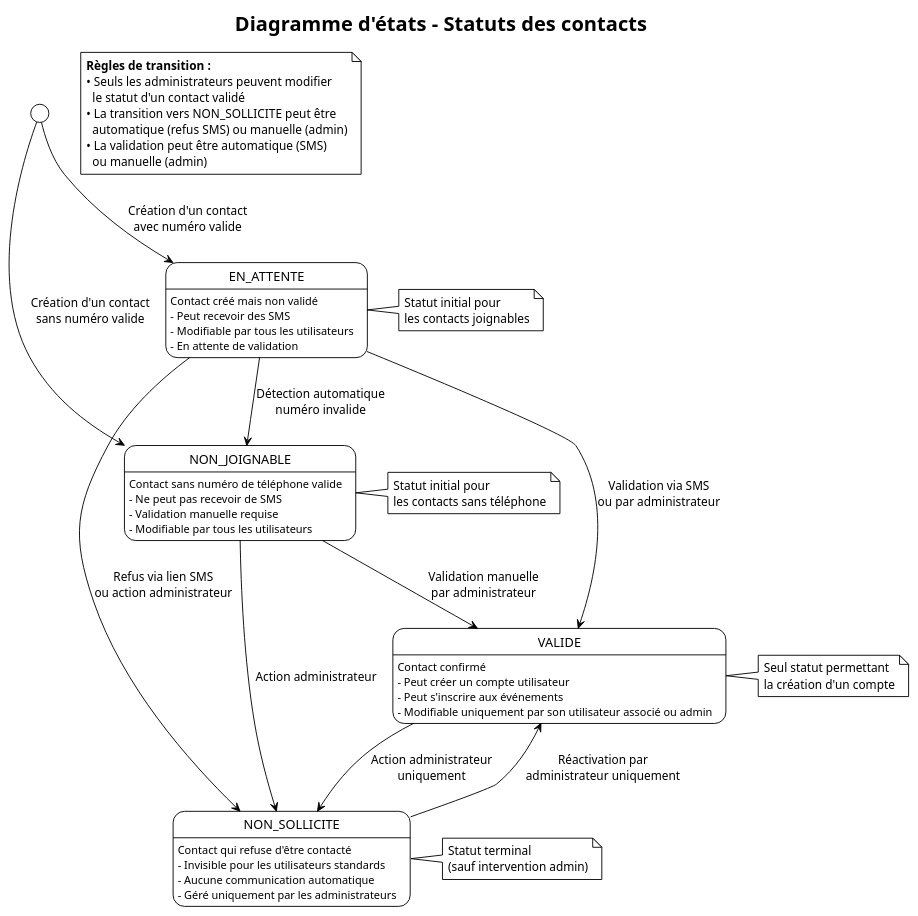
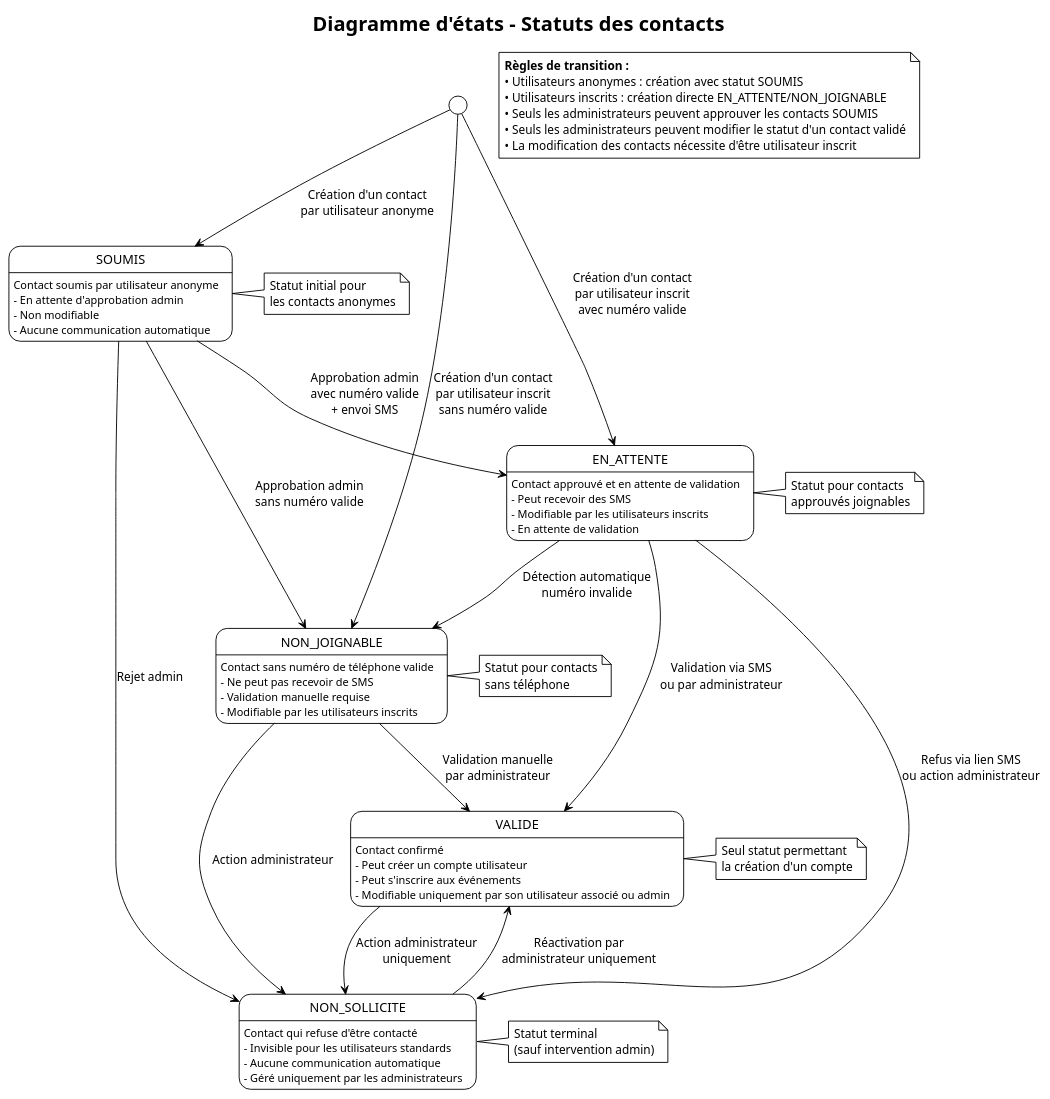
The diagram in docs/diagrams/contact-status-states.puml (bbsebb/ashs-alumni), drawn with PlantUML before and after one commit. The commit also changed 20 other files, not shown here.

Commit message:
Remove Structurizr documentation, configuration, and related files for legacy diagram generation setup.

```diff
--- a/docs/diagrams/contact-status-states.puml
+++ b/docs/diagrams/contact-status-states.puml
@@ -1,63 +1,76 @@
 @startuml contact-status-states
 !theme plain
 title Diagramme d'états - Statuts des contacts
 
-[*] --> EN_ATTENTE : Création d'un contact\navec numéro valide
+[*] --> SOUMIS : Création d'un contact\npar utilisateur anonyme
 
-[*] --> NON_JOIGNABLE : Création d'un contact\nsans numéro valide
+[*] --> EN_ATTENTE : Création d'un contact\npar utilisateur inscrit\navec numéro valide
+
+[*] --> NON_JOIGNABLE : Création d'un contact\npar utilisateur inscrit\nsans numéro valide
+
+state SOUMIS {
+  SOUMIS : Contact soumis par utilisateur anonyme
+  SOUMIS : - En attente d'approbation admin
+  SOUMIS : - Non modifiable
+  SOUMIS : - Aucune communication automatique
+}
 
 state EN_ATTENTE {
-  EN_ATTENTE : Contact créé mais non validé
+  EN_ATTENTE : Contact approuvé et en attente de validation
   EN_ATTENTE : - Peut recevoir des SMS
-  EN_ATTENTE : - Modifiable par tous les utilisateurs
+  EN_ATTENTE : - Modifiable par les utilisateurs inscrits
   EN_ATTENTE : - En attente de validation
 }
 
 state VALIDE {
   VALIDE : Contact confirmé
   VALIDE : - Peut créer un compte utilisateur
   VALIDE : - Peut s'inscrire aux événements
   VALIDE : - Modifiable uniquement par son utilisateur associé ou admin
 }
 
 state NON_SOLLICITE {
   NON_SOLLICITE : Contact qui refuse d'être contacté
   NON_SOLLICITE : - Invisible pour les utilisateurs standards
   NON_SOLLICITE : - Aucune communication automatique
   NON_SOLLICITE : - Géré uniquement par les administrateurs
 }
 
 state NON_JOIGNABLE {
   NON_JOIGNABLE : Contact sans numéro de téléphone valide
   NON_JOIGNABLE : - Ne peut pas recevoir de SMS
   NON_JOIGNABLE : - Validation manuelle requise
-  NON_JOIGNABLE : - Modifiable par tous les utilisateurs
+  NON_JOIGNABLE : - Modifiable par les utilisateurs inscrits
 }
+
+SOUMIS --> EN_ATTENTE : Approbation admin\navec numéro valide\n+ envoi SMS
+SOUMIS --> NON_JOIGNABLE : Approbation admin\nsans numéro valide
+SOUMIS --> NON_SOLLICITE : Rejet admin
 
 EN_ATTENTE --> VALIDE : Validation via SMS\nou par administrateur
 EN_ATTENTE --> NON_SOLLICITE : Refus via lien SMS\nou action administrateur
 EN_ATTENTE --> NON_JOIGNABLE : Détection automatique\nnuméro invalide
 
 NON_JOIGNABLE --> VALIDE : Validation manuelle\npar administrateur
 NON_JOIGNABLE --> NON_SOLLICITE : Action administrateur
 
 VALIDE --> NON_SOLLICITE : Action administrateur\nuniquement
 
 NON_SOLLICITE --> VALIDE : Réactivation par\nadministrateur uniquement
 
-note right of EN_ATTENTE : Statut initial pour\nles contacts joignables
-note right of NON_JOIGNABLE : Statut initial pour\nles contacts sans téléphone
+note right of SOUMIS : Statut initial pour\nles contacts anonymes
+note right of EN_ATTENTE : Statut pour contacts\napprouvés joignables
+note right of NON_JOIGNABLE : Statut pour contacts\nsans téléphone
 note right of VALIDE : Seul statut permettant\nla création d'un compte
 note right of NON_SOLLICITE : Statut terminal\n(sauf intervention admin)
 
 note as N1
   <b>Règles de transition :</b>
-  • Seuls les administrateurs peuvent modifier
-    le statut d'un contact validé
-  • La transition vers NON_SOLLICITE peut être
-    automatique (refus SMS) ou manuelle (admin)
-  • La validation peut être automatique (SMS)
-    ou manuelle (admin)
+  • Utilisateurs anonymes : création avec statut SOUMIS
+  • Utilisateurs inscrits : création directe EN_ATTENTE/NON_JOIGNABLE
+  • Seuls les administrateurs peuvent approuver les contacts SOUMIS
+  • Seuls les administrateurs peuvent modifier le statut d'un contact validé
+  • La modification des contacts nécessite d'être utilisateur inscrit
 end note
 
 @enduml
```
